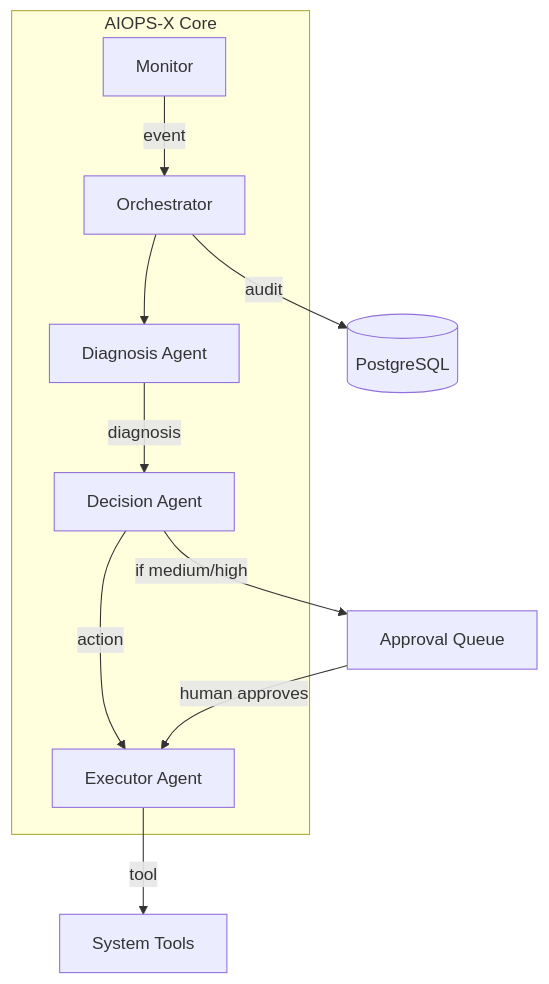
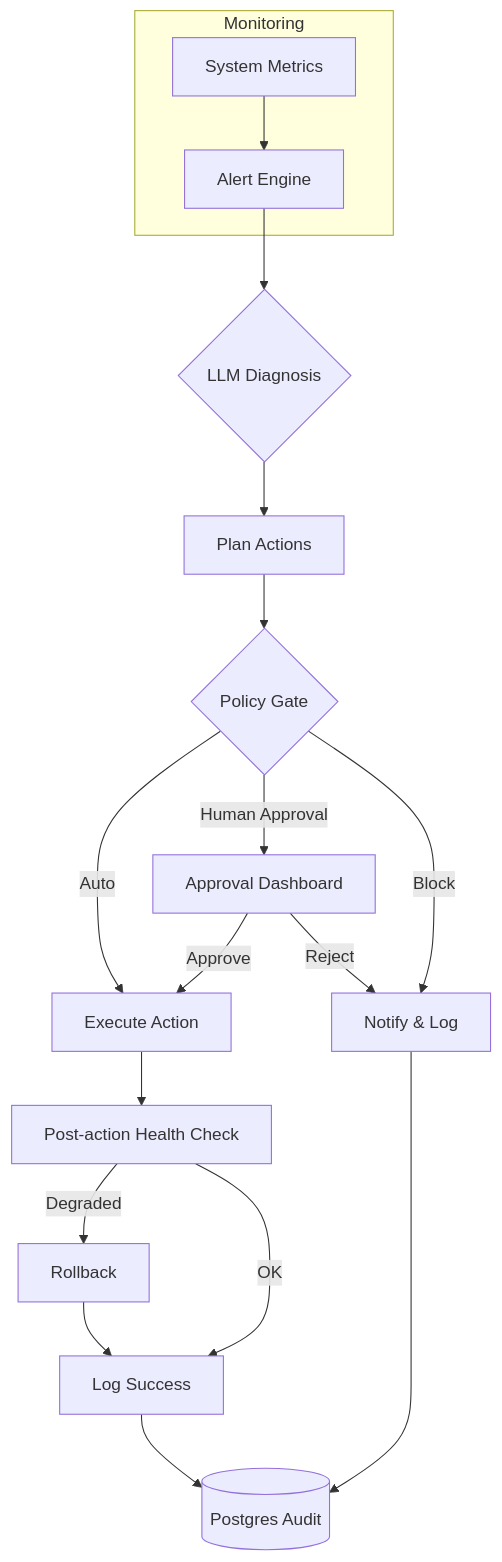
Before and after one commit to GBOYEE/aiopsx: the diagram in README.md, drawn with Mermaid. The commit also changed other lines of this file, not shown here.

Commit message:
docs: elevate README with safety narrative, badges placeholder, and architecture diagram

````diff
--- a/README.md
+++ b/README.md
@@ -43,19 +19,20 @@
 ```mermaid
-graph TD
-    Monitor -->|event| Orchestrator
-    Orchestrator --> Diagnosis[Diagnosis Agent]
-    Diagnosis -->|diagnosis| Decision[Decision Agent]
-    Decision -->|action| Executor[Executor Agent]
-    Executor -->|tool| Tools[System Tools]
-    Orchestrator -->|audit| DB[(PostgreSQL)]
-    Decision -->|if medium/high| Approval[Approval Queue]
-    Approval -->|human approves| Executor
-
-    subgraph "AIOPS-X Core"
-        Monitor
-        Orchestrator
-        Diagnosis
-        Decision
-        Executor
+flowchart TD
+    subgraph "Monitoring"
+        A[System Metrics] --> B[Alert Engine]
     end
+    B --> C{LLM Diagnosis}
+    C --> D[Plan Actions]
+    D --> E{Policy Gate}
+    E -->|Auto| F[Execute Action]
+    E -->|Human Approval| G[Approval Dashboard]
+    E -->|Block| H[Notify & Log]
+    G -->|Approve| F
+    G -->|Reject| H
+    F --> I[Post‑action Health Check]
+    I -->|Degraded| J[Rollback]
+    I -->|OK| K[Log Success]
+    J --> K
+    K --> L[(Postgres Audit)]
+    H --> L
 ```
````
